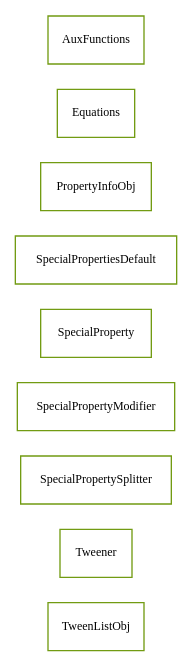
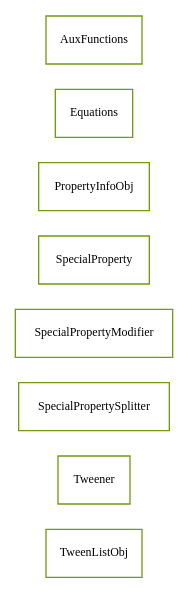
The diagram in docs/caurina/transitions/classes.dot (sekati/sasapi), drawn with Graphviz before and after one commit. The commit also changed 114 other files, not shown here.

```diff
--- a/docs/caurina/transitions/classes.dot
+++ b/docs/caurina/transitions/classes.dot
@@ -1,84 +1,75 @@
 strict digraph class_diagram {
   rankdir=LR;
   TypeTweenListObj[
     label="TweenListObj",
     URL="TweenListObj.html",
     tooltip="caurina.transitions.TweenListObj",
     fontname="Verdana",
     fontsize="9"
     color="#729b12"
     shape="record"
   ];
   TypeTweener[
     label="Tweener",
     URL="Tweener.html",
     tooltip="caurina.transitions.Tweener",
     fontname="Verdana",
     fontsize="9"
     color="#729b12"
     shape="record"
   ];
   TypeSpecialPropertySplitter[
     label="SpecialPropertySplitter",
     URL="SpecialPropertySplitter.html",
     tooltip="caurina.transitions.SpecialPropertySplitter",
     fontname="Verdana",
     fontsize="9"
     color="#729b12"
     shape="record"
   ];
   TypeSpecialPropertyModifier[
     label="SpecialPropertyModifier",
     URL="SpecialPropertyModifier.html",
     tooltip="caurina.transitions.SpecialPropertyModifier",
     fontname="Verdana",
     fontsize="9"
     color="#729b12"
     shape="record"
   ];
   TypeSpecialProperty[
     label="SpecialProperty",
     URL="SpecialProperty.html",
     tooltip="caurina.transitions.SpecialProperty",
     fontname="Verdana",
     fontsize="9"
     color="#729b12"
     shape="record"
   ];
-  TypeSpecialPropertiesDefault[
-    label="SpecialPropertiesDefault",
-    URL="SpecialPropertiesDefault.html",
-    tooltip="caurina.transitions.SpecialPropertiesDefault",
-    fontname="Verdana",
-    fontsize="9"
-    color="#729b12"
-    shape="record"
-  ];
   TypePropertyInfoObj[
     label="PropertyInfoObj",
     URL="PropertyInfoObj.html",
     tooltip="caurina.transitions.PropertyInfoObj",
     fontname="Verdana",
     fontsize="9"
     color="#729b12"
     shape="record"
   ];
   TypeEquations[
     label="Equations",
     URL="Equations.html",
     tooltip="caurina.transitions.Equations",
     fontname="Verdana",
     fontsize="9"
     color="#729b12"
     shape="record"
   ];
   TypeAuxFunctions[
     label="AuxFunctions",
     URL="AuxFunctions.html",
     tooltip="caurina.transitions.AuxFunctions",
     fontname="Verdana",
     fontsize="9"
     color="#729b12"
     shape="record"
   ];
 }
```
